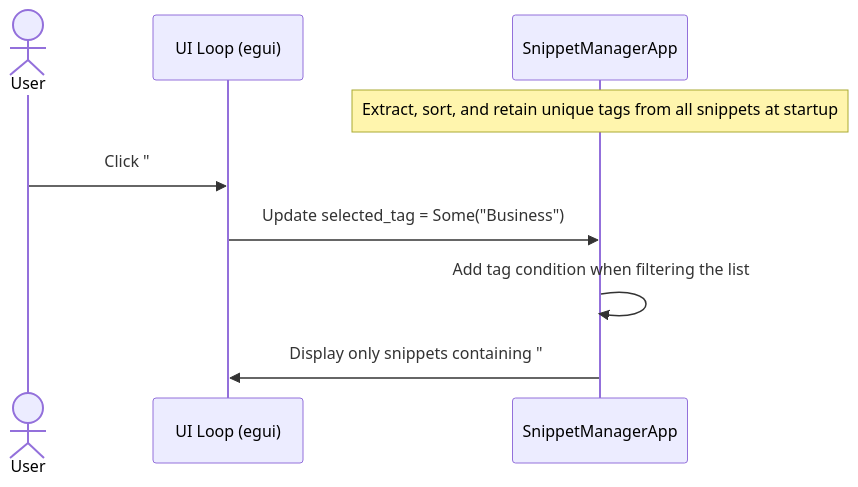
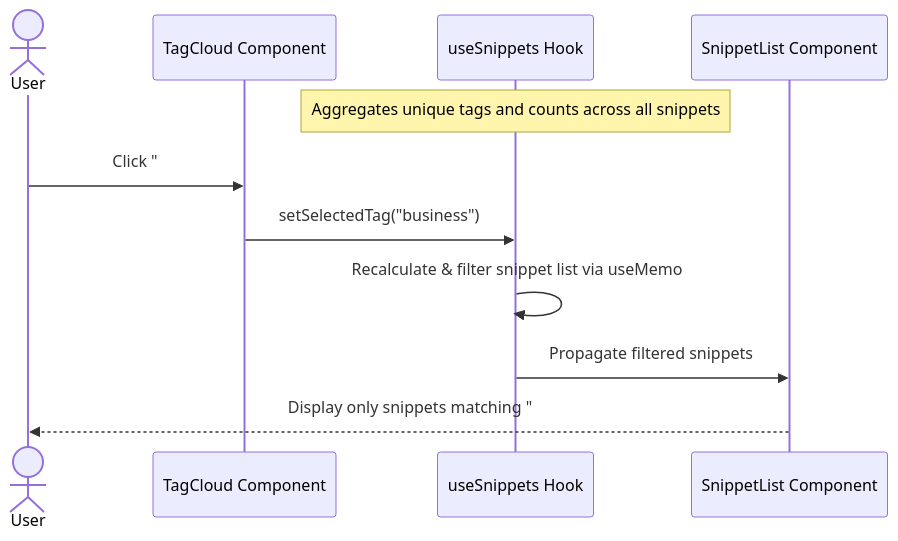
Before and after one commit to tkshnkgwr/SnippetFlow: the fifth of 6 diagrams in docs/en/DIAGRAM.md, drawn with Mermaid. The commit also changed other lines of this file and 34 other files, not shown here.

````diff
--- a/docs/en/DIAGRAM.md
+++ b/docs/en/DIAGRAM.md
@@ -165,12 +159,14 @@
 ```mermaid
 sequenceDiagram
     actor User
-    participant UI as UI Loop (egui)
-    participant App as SnippetManagerApp
+    participant UI as TagCloud Component
+    participant Hook as useSnippets Hook
+    participant List as SnippetList Component
 
-    Note over App: Extract, sort, and retain unique tags from all snippets at startup
-    User->>UI: Click "#Business" button in tag cloud
-    UI->>App: Update selected_tag = Some("Business")
-    App->>App: Add tag condition when filtering the list
-    App->>UI: Display only snippets containing "#Business"
+    Note over Hook: Aggregates unique tags and counts across all snippets
+    User->>UI: Click "#business" tag button
+    UI->>Hook: setSelectedTag("business")
+    Hook->>Hook: Recalculate & filter snippet list via useMemo
+    Hook->>List: Propagate filtered snippets
+    List-->>User: Display only snippets matching "#business"
 ```
````
